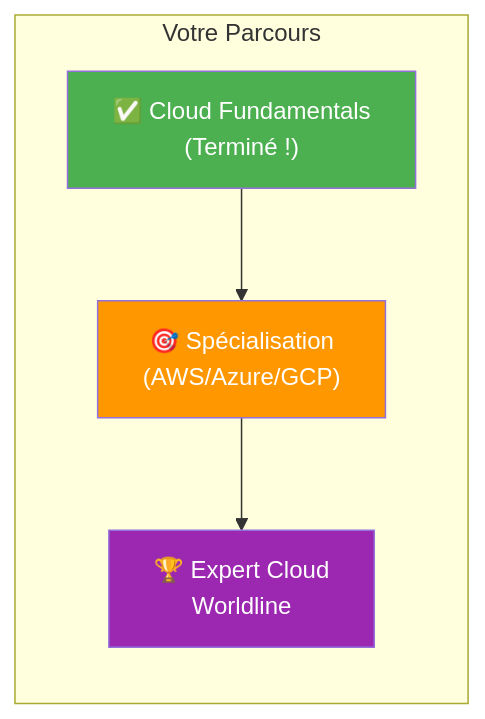
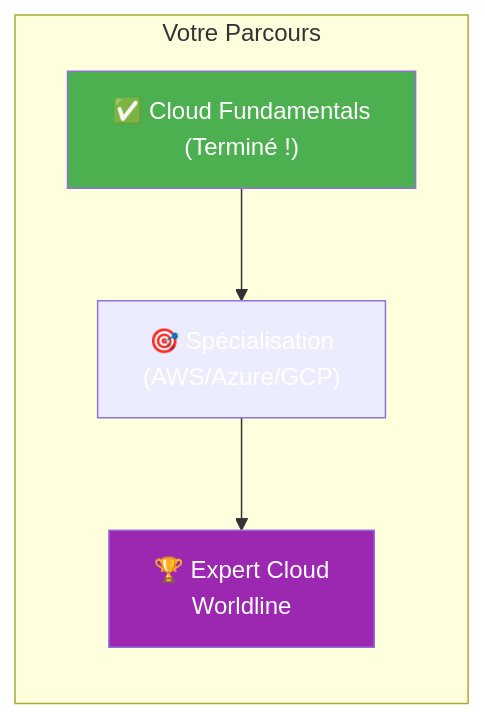
One commit to VBlackJack/ShellBook changed diagram 11 of 11 in docs/formations/cloud-fundamentals/07-module.md. Above: the diagram before and after it, drawn with Mermaid. The commit also changed other lines of this file and 337 other files, not shown here.

First line of the commit message:
refactor(docs): Standardize code blocks and Mermaid colors

````diff
--- a/docs/formations/cloud-fundamentals/07-module.md
+++ b/docs/formations/cloud-fundamentals/07-module.md
@@ -485,14 +485,14 @@
 ```mermaid
 graph LR
     subgraph "Votre Parcours"
         BASE["✅ Cloud Fundamentals<br/>(Terminé !)"]
         NEXT["🎯 Spécialisation<br/>(AWS/Azure/GCP)"]
         EXPERT["🏆 Expert Cloud<br/>Worldline"]
     end
 
     BASE --> NEXT --> EXPERT
 
     style BASE fill:#4caf50,color:#fff
-    style NEXT fill:#ff9800,color:#fff
+    style NEXT fill:#FF9800800800,color:#fff
     style EXPERT fill:#9c27b0,color:#fff
 ```
````
